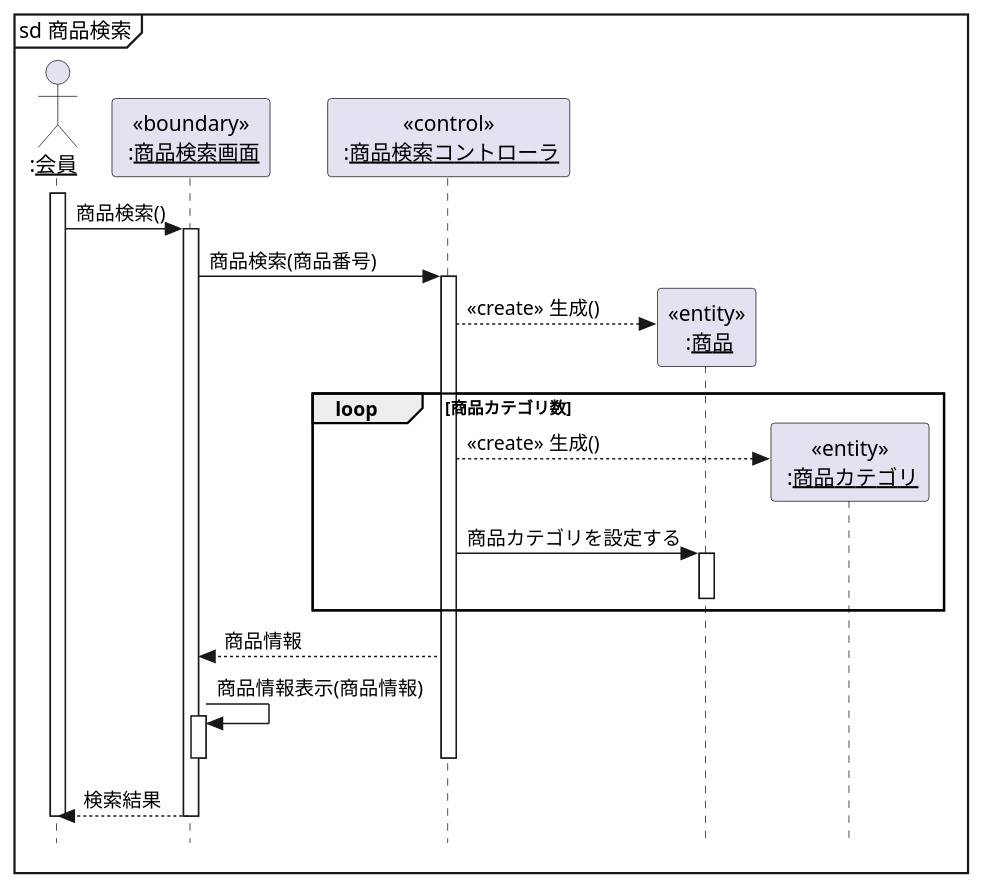
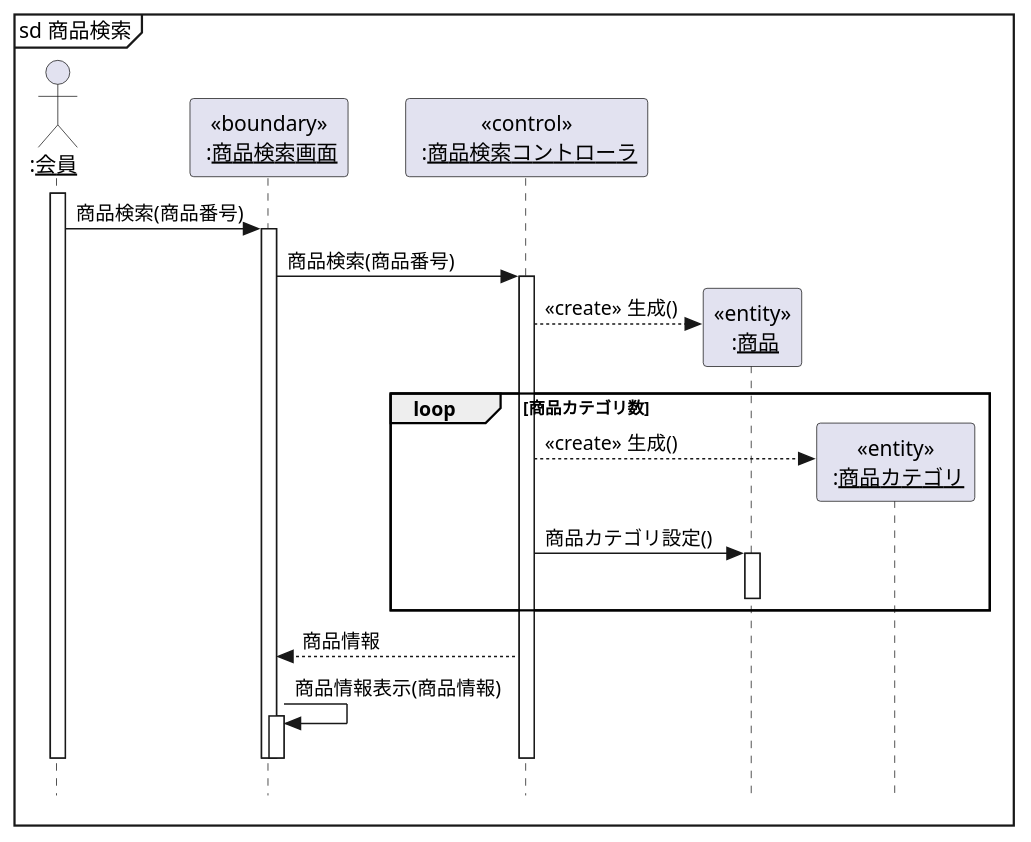
One commit to chibachibaibu2003/laughing-carnival changed the diagram in 4/演習4-5_SD_商品情報検索.pu. Above: the diagram before and after it, drawn with PlantUML.

Commit message:
演習4-5の再提出

```diff
--- a/4/演習4-5_SD_商品情報検索.pu
+++ b/4/演習4-5_SD_商品情報検索.pu
@@ -1,32 +1,31 @@
 @startuml 演習4-5
     hide footbox
     skinparam style strictuml
 
     actor ":<u>会員</u>" as person
     participant "<<boundary>>\n :<u>商品検索画面</u>" as boundary
     participant "<<control>>\n :<u>商品検索コントローラ</u>" as control
 
     mainframe sd 商品検索
         activate person
-            person->boundary: 商品検索()
+            person->boundary: 商品検索(商品番号)
             activate boundary
                 boundary->control: 商品検索(商品番号)
                 activate control
                     create "<<entity>>\n :<u>商品</u>" as product
                     control-->product: <<create>> 生成()
                     loop 商品カテゴリ数
                         create "<<entity>>\n :<u>商品カテゴリ</u>" as category
                         control-->category:<<create>> 生成()
-                        control->product: 商品カテゴリを設定する
+                        control->product: 商品カテゴリ設定()
                         activate product
                         deactivate product
                     end loop
                     boundary<--control:商品情報
                     boundary->boundary:  商品情報表示(商品情報)
                     activate boundary
                     deactivate boundary 
                 deactivate control
-                person<--boundary: 検索結果
             deactivate boundary
         deactivate person
 @enduml
```
